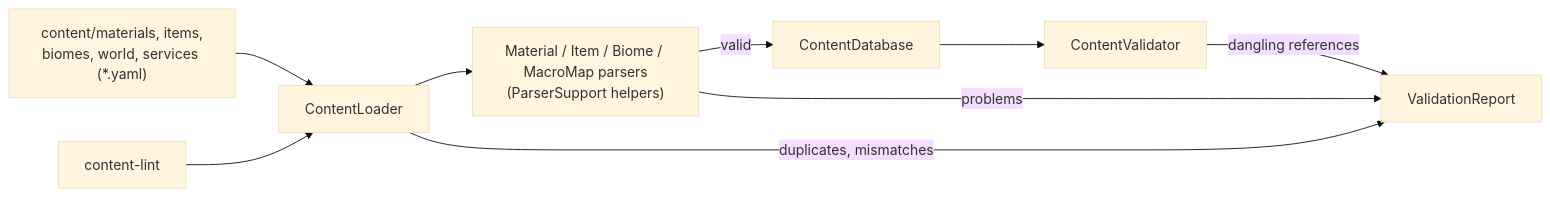
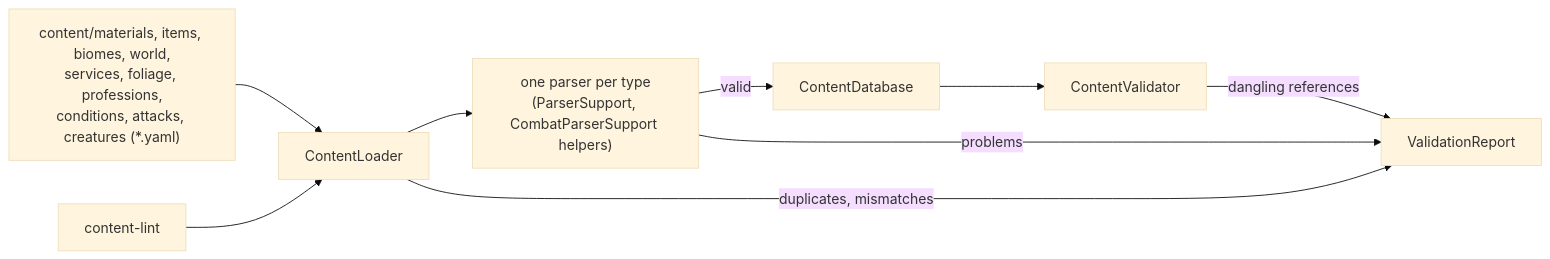
The diagram in docs/systems/data.md (huuuda-aus/big-ass-world), drawn with Mermaid (base theme) before and after one commit. The commit also changed other lines of this file and 61 other files, not shown here.

First line of the commit message:
feat(data-combat): attack, condition and creature content types

````diff
--- a/docs/systems/data.md
+++ b/docs/systems/data.md
@@ -21,11 +23,11 @@
 ```mermaid
 flowchart LR
-  F["content/materials, items,<br/>biomes, world, services (*.yaml)"] --> L[ContentLoader]
-  L --> P["Material / Item / Biome / MacroMap parsers<br/>(ParserSupport helpers)"]
+  F["content/materials, items, biomes, world,<br/>services, foliage, professions,<br/>conditions, attacks, creatures (*.yaml)"] --> L[ContentLoader]
+  L --> P["one parser per type<br/>(ParserSupport, CombatParserSupport helpers)"]
   P -->|valid| D[ContentDatabase]
   P -->|problems| R[ValidationReport]
   L -->|duplicates, mismatches| R
   D --> V[ContentValidator]
   V -->|dangling references| R
   CLI[content-lint] --> L
 ```
````
